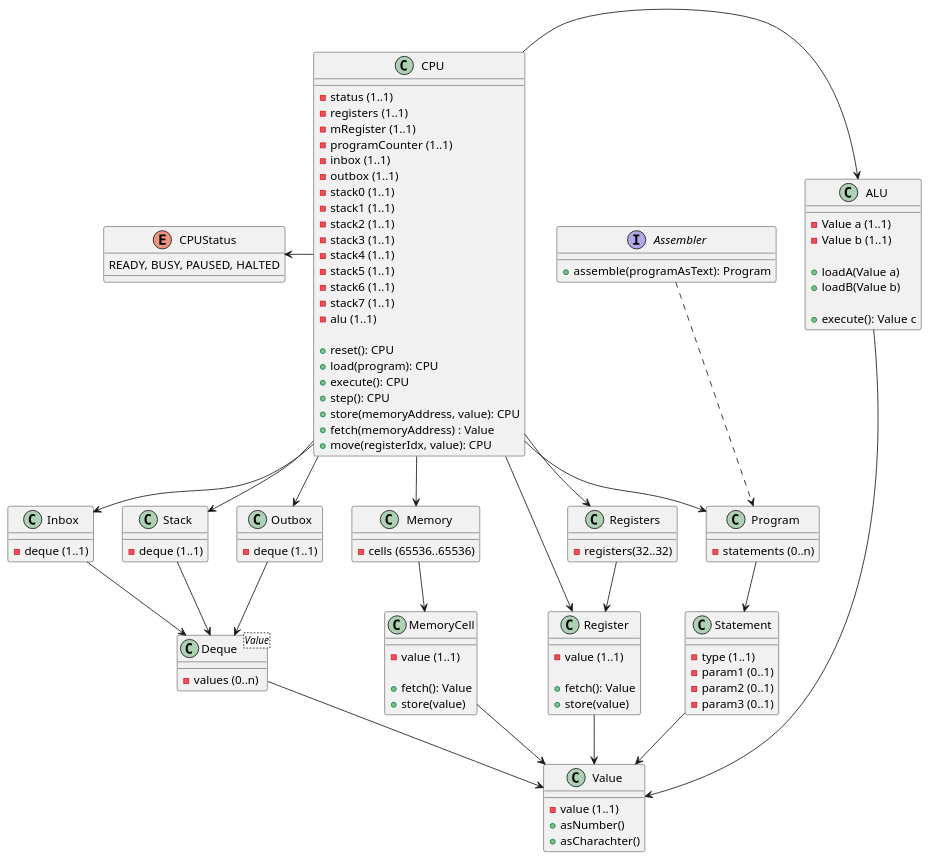
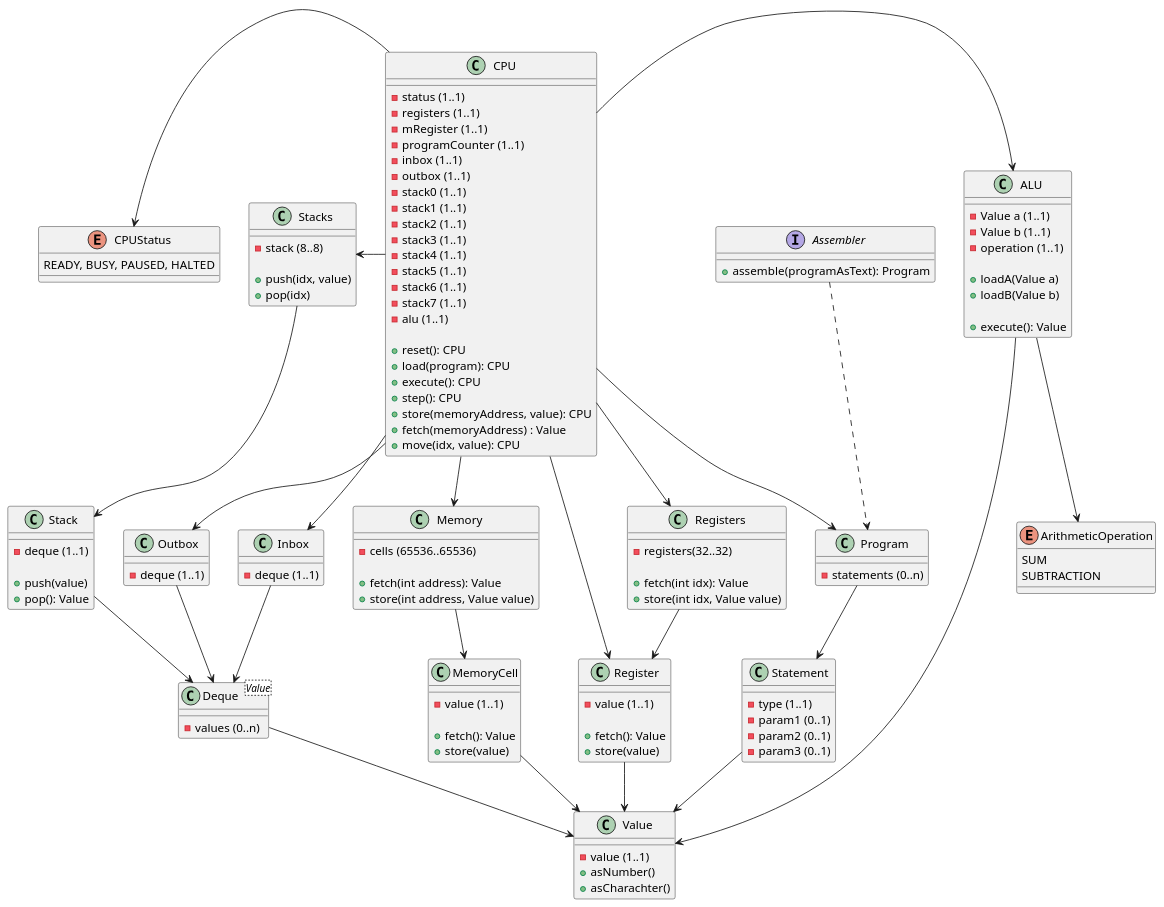
One commit to TristanoSuriani/HRM-assembly changed the diagram in docs/ClassDiagramCPU.puml. Above: the diagram before and after it, drawn with PlantUML. The commit also changed 3 other files, not shown here.

```diff
--- a/docs/ClassDiagramCPU.puml
+++ b/docs/ClassDiagramCPU.puml
@@ -1,125 +1,149 @@
 @startuml
 
 class Register {
   -value (1..1)
 
   +fetch(): Value
    +store(value)
 }
 
 class Registers {
   -registers(32..32)
+
+  +fetch(int idx): Value
+  +store(int idx, Value value)
 }
 
 class Inbox {
   -deque (1..1)
 }
 
+class Stacks {
+  -stack (8..8)
+
+  +push(idx, value)
+  +pop(idx)
+}
+
 class Stack {
   -deque (1..1)
+
+  +push(value)
+  +pop(): Value
 }
 
 class Outbox
 {
   -deque (1..1)
 }
 
 class ALU {
   -Value a (1..1)
   -Value b (1..1)
+  -operation (1..1)
 
   +loadA(Value a)
   +loadB(Value b)
 
-  +execute(): Value c
+  +execute(): Value
+}
+
+enum ArithmeticOperation {
+  SUM
+  SUBTRACTION
 }
 
 class Memory {
   -cells (65536..65536)
+
+  +fetch(int address): Value
+  +store(int address, Value value)
 }
 
 class MemoryCell {
  -value (1..1)
 
  +fetch(): Value
  +store(value)
 }
 
 class Value {
   -value (1..1)
   +asNumber()
   +asCharachter()
 }
 
 class Deque<Value> {
   -values (0..n)
 }
 
 class CPU {
   -status (1..1)
   -registers (1..1)
   -mRegister (1..1)
   -programCounter (1..1)
   -inbox (1..1)
   -outbox (1..1)
   -stack0 (1..1)
   -stack1 (1..1)
   -stack2 (1..1)
   -stack3 (1..1)
   -stack4 (1..1)
   -stack5 (1..1)
   -stack6 (1..1)
   -stack7 (1..1)
   -alu (1..1)
 
   +reset(): CPU
   +load(program): CPU
   +execute(): CPU
   +step(): CPU
   +store(memoryAddress, value): CPU
   +fetch(memoryAddress) : Value
-  +move(registerIdx, value): CPU
+  +move(idx, value): CPU
 }
 
 enum CPUStatus {
   READY, BUSY, PAUSED, HALTED
 }
 
 class Program {
   -statements (0..n)
 }
 
 class Statement {
   -type (1..1)
   -param1 (0..1)
   -param2 (0..1)
   -param3 (0..1)
 }
 
 interface Assembler {
   +assemble(programAsText): Program
 }
 
 CPU -down-> Registers
 CPU -down-> Register
 CPU -down-> Inbox
 CPU -down-> Outbox
 CPU -right-> ALU
 CPU -down-> Memory
-CPU -down-> Stack
+CPU -left-> Stacks
 CPU -down-> Program
 CPU -left-> CPUStatus
 Memory -down-> MemoryCell
 Registers -down-> Register
 MemoryCell -down-> Value
 Register -down-> Value
 Inbox -down-> Deque
 Outbox -down-> Deque
+Stacks -down-> Stack
 Stack -down-> Deque
 ALU -down-> Value
+ALU -down-> ArithmeticOperation
 Deque -down-> Value
 Program -down-> Statement
 Statement -down-> Value
 Assembler .down.> Program
 
 @enduml
```
